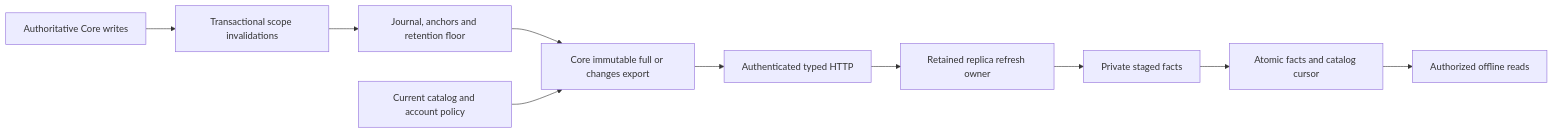
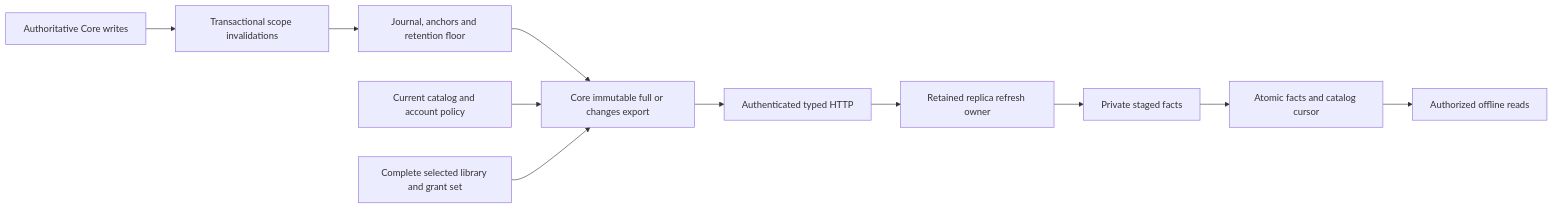
Before and after one commit to acidiney/hitoapp: the first of 2 diagrams in docs/catalog-journal-design.md, drawn with Mermaid. The commit also changed other lines of this file, not shown here.

Commit message:
Define atomic selected-library catalog synchronization

````diff
--- a/docs/catalog-journal-design.md
+++ b/docs/catalog-journal-design.md
@@ -9,12 +9,13 @@
 ```mermaid
 flowchart LR
     Writers[Authoritative Core writes] --> Triggers[Transactional scope invalidations]
     Triggers --> Journal[Journal, anchors and retention floor]
     Journal --> Export[Core immutable full or changes export]
     Policy[Current catalog and account policy] --> Export
+    Scope[Complete selected library and grant set] --> Export
     Export --> HTTP[Authenticated typed HTTP]
     HTTP --> Owner[Retained replica refresh owner]
     Owner --> Stage[Private staged facts]
     Stage --> Commit[Atomic facts and catalog cursor]
     Commit --> Read[Authorized offline reads]
 ```
````
